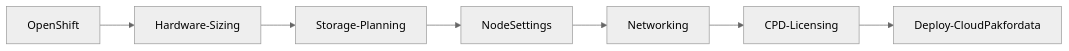
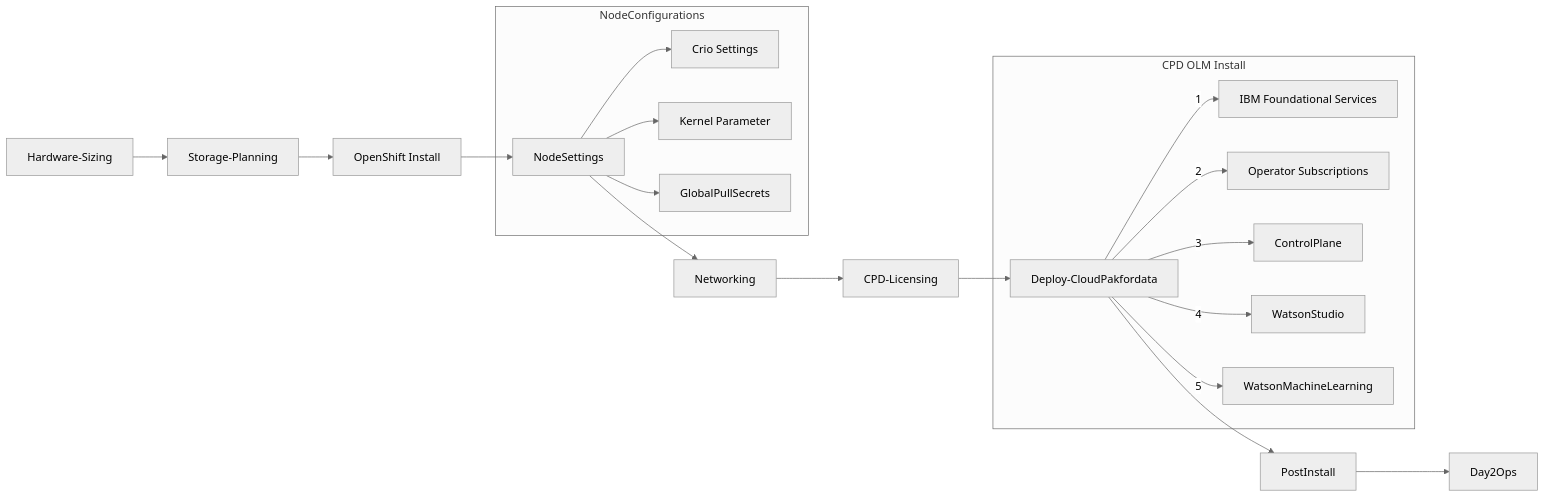
The first of 4 diagrams in cpd45-deployment.md (ekambaraml/IBM-Cloud-Pak-for-Data), drawn with Mermaid (neutral theme) before and after one commit. The commit also changed other lines of this file, not shown here.

````diff
--- a/cpd45-deployment.md
+++ b/cpd45-deployment.md
@@ -66,9 +66,25 @@
 ```mermaid
-flowchart LR;
-    OpenShift --> Hardware-Sizing
+graph LR
+    
     Hardware-Sizing --> Storage-Planning
-    Storage-Planning --> NodeSettings
+    Storage-Planning --> OpenShift[OpenShift Install]
+    OpenShift --> NodeSettings
     NodeSettings --> Networking
     Networking --> CPD-Licensing
     CPD-Licensing --> Deploy-CloudPakfordata
+    Deploy-CloudPakfordata --> PostInstall
+    PostInstall-->Day2Ops
+    subgraph NodeConfigurations
+    NodeSettings --> CRIO[Crio Settings]
+    NodeSettings --> Kernel[Kernel Parameter]
+    NodeSettings --> GlobalPullSecrets
+    end
+    subgraph OLM[CPD OLM Install]
+    Deploy-CloudPakfordata -->|1| Foundation[IBM Foundational Services]
+    Deploy-CloudPakfordata -->|2| Operators[Operator Subscriptions]
+    Deploy-CloudPakfordata -->|3| ControlPlane
+    Deploy-CloudPakfordata -->|4| WatsonStudio
+    Deploy-CloudPakfordata -->|5| WatsonMachineLearning
+    end
+
 ```
````
